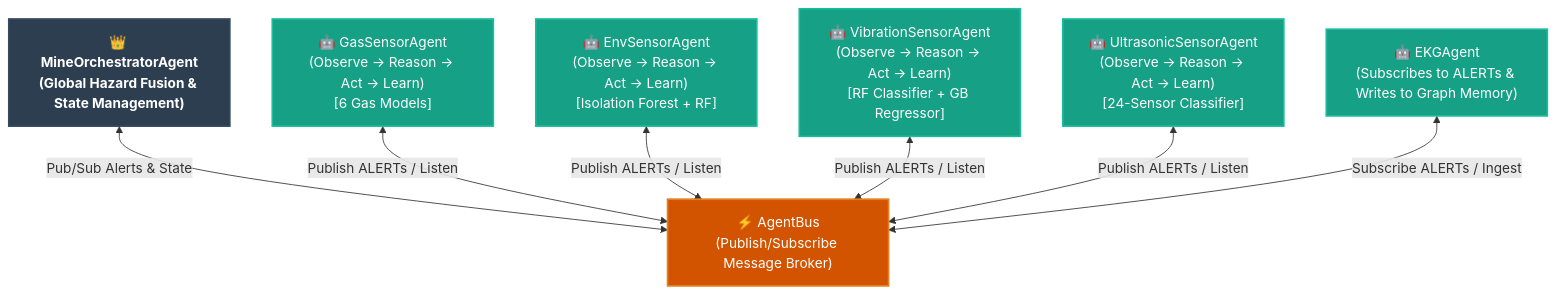
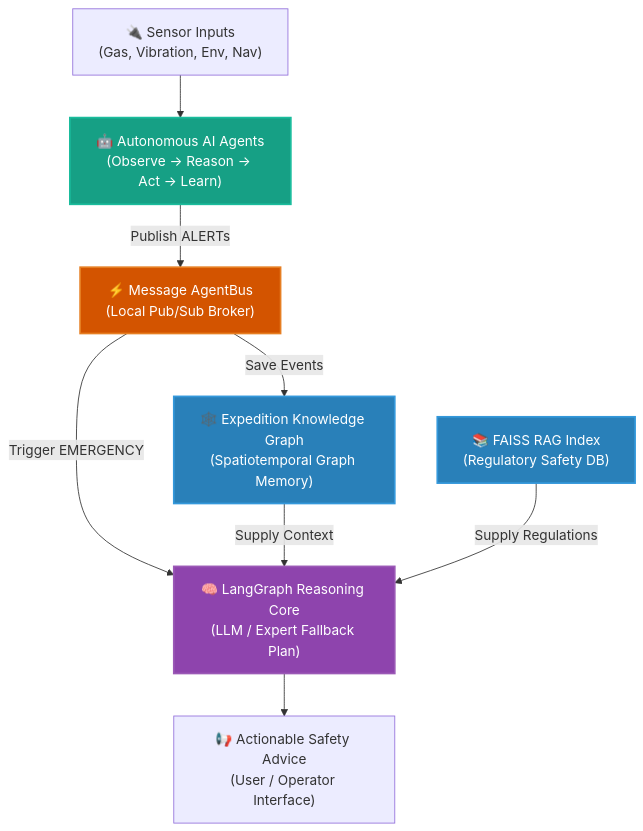
The diagram in README.md (AlekhyaGangopadhyay/FIELD_MIND---NEW), drawn with Mermaid before and after one commit. The commit also changed other lines of this file, not shown here.

Commit message:
docs: simplify architecture overview flowchart to a clean high-level view

````diff
--- a/README.md
+++ b/README.md
@@ -15,26 +13,29 @@
 ```mermaid
 graph TD
+    %% Define styles
     classDef agentStyle fill:#16a085,stroke:#1abc9c,stroke-width:2px,color:#fff;
-    classDef orchestratorStyle fill:#2c3e50,stroke:#34495e,stroke-width:2px,color:#fff,font-weight:bold;
+    classDef dbStyle fill:#2980b9,stroke:#3498db,stroke-width:2px,color:#fff;
+    classDef reasoningStyle fill:#8e44ad,stroke:#9b59b6,stroke-width:2px,color:#fff;
     classDef busStyle fill:#d35400,stroke:#e67e22,stroke-width:2px,color:#fff;
 
-    Orchestrator["👑 MineOrchestratorAgent<br>(Global Hazard Fusion & State Management)"]
-    Bus["⚡ AgentBus<br>(Publish/Subscribe Message Broker)"]
-    
-    Gas["🤖 GasSensorAgent<br>(Observe -> Reason -> Act -> Learn)<br>[6 Gas Models]"]
-    Env["🤖 EnvSensorAgent<br>(Observe -> Reason -> Act -> Learn)<br>[Isolation Forest + RF]"]
-    Vib["🤖 VibrationSensorAgent<br>(Observe -> Reason -> Act -> Learn)<br>[RF Classifier + GB Regressor]"]
-    Ultra["🤖 UltrasonicSensorAgent<br>(Observe -> Reason -> Act -> Learn)<br>[24-Sensor Classifier]"]
-    EKG["🤖 EKGAgent<br>(Subscribes to ALERTs & Writes to Graph Memory)"]
+    Sensors["🔌 Sensor Inputs<br>(Gas, Vibration, Env, Nav)"]
+    Agents["🤖 Autonomous AI Agents<br>(Observe -> Reason -> Act -> Learn)"]
+    Bus["⚡ Message AgentBus<br>(Local Pub/Sub Broker)"]
+    EKG["🕸️ Expedition Knowledge Graph<br>(Spatiotemporal Graph Memory)"]
+    RAG["📚 FAISS RAG Index<br>(Regulatory Safety DB)"]
+    Reasoning["🧠 LangGraph Reasoning Core<br>(LLM / Expert Fallback Plan)"]
+    Output["📢 Actionable Safety Advice<br>(User / Operator Interface)"]
 
-    Orchestrator <-->|Pub/Sub Alerts & State| Bus
-    Gas <-->|Publish ALERTs / Listen| Bus
-    Env <-->|Publish ALERTs / Listen| Bus
-    Vib <-->|Publish ALERTs / Listen| Bus
-    Ultra <-->|Publish ALERTs / Listen| Bus
-    EKG <-->|Subscribe ALERTs / Ingest| Bus
+    Sensors --> Agents
+    Agents -->|Publish ALERTs| Bus
+    Bus -->|Save Events| EKG
+    Bus -->|Trigger EMERGENCY| Reasoning
+    EKG -->|Supply Context| Reasoning
+    RAG -->|Supply Regulations| Reasoning
+    Reasoning --> Output
 
-    class Orchestrator orchestratorStyle;
+    class Agents agentStyle;
+    class EKG,RAG dbStyle;
+    class Reasoning reasoningStyle;
     class Bus busStyle;
-    class Gas,Env,Vib,Ultra,EKG agentStyle;
 ```
````
